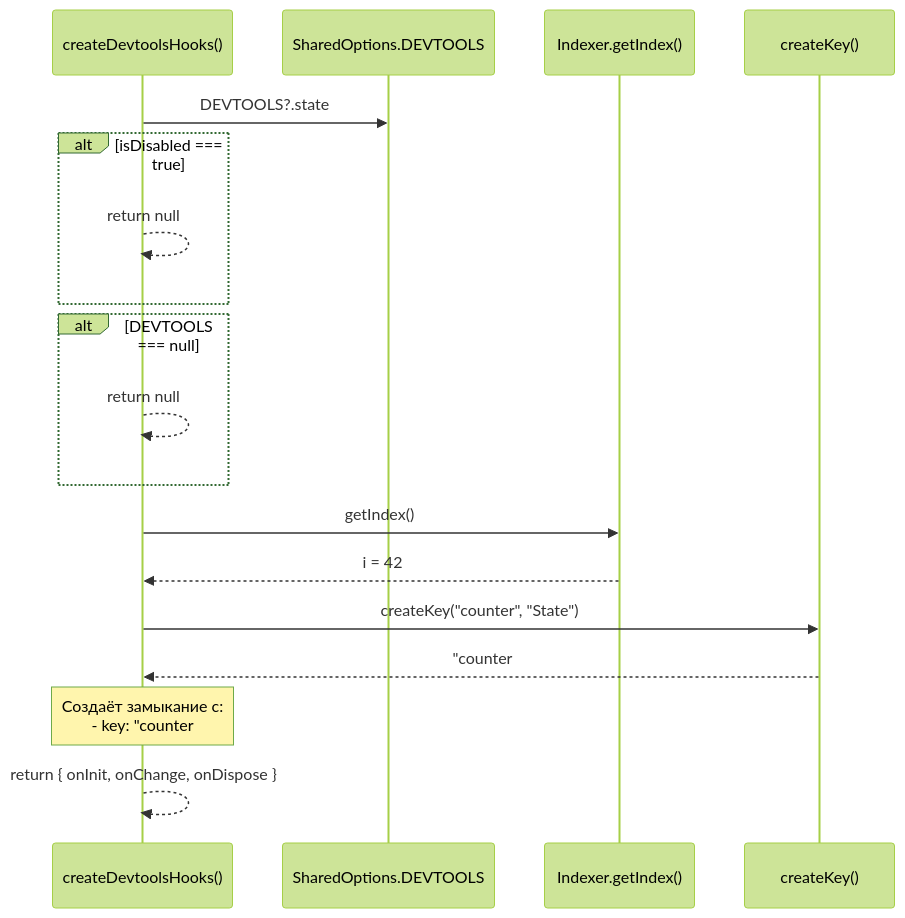
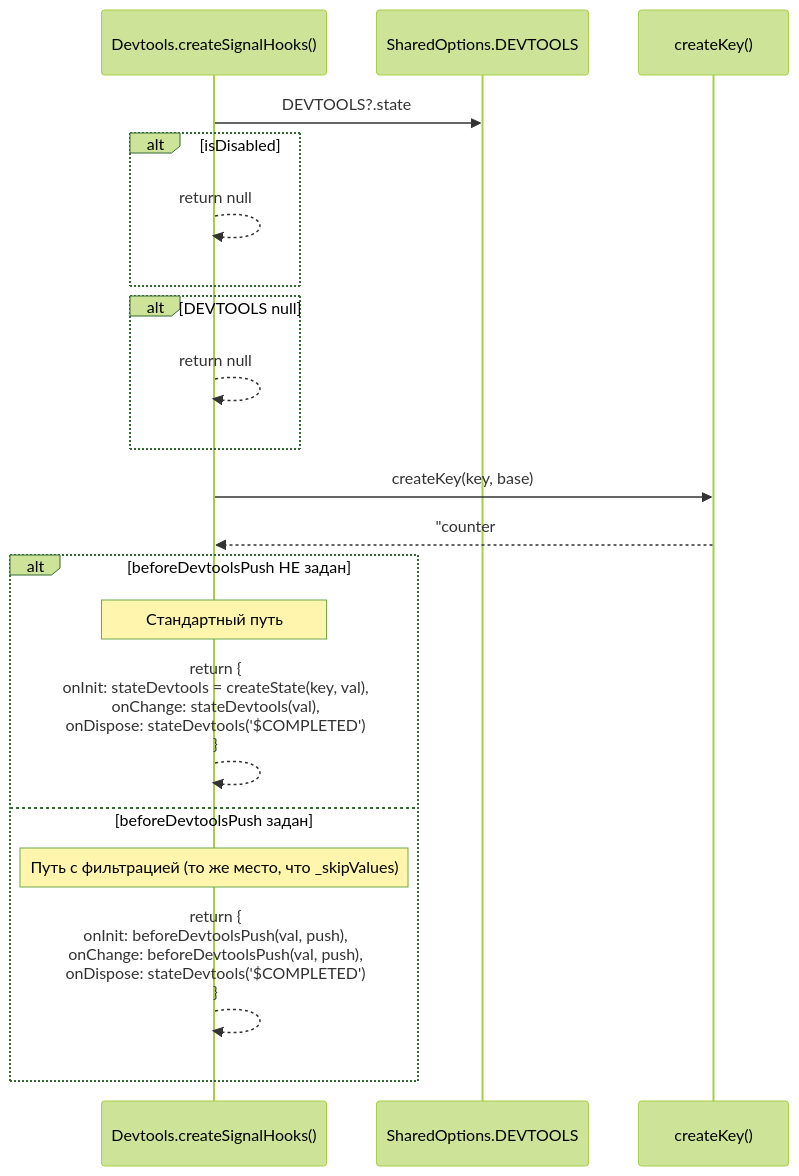
The third of 11 diagrams in .thoughts/2026-03-11_signal-devtools-lifecycle/02-design/02-dataflow.md (fozy-labs/rx-toolkit), drawn with Mermaid (forest theme) before and after one commit. The commit also changed other lines of this file and 9 other files, not shown here.

Commit message:
thoughts: add design for signal devtools lifecycle hooks

````diff
--- a/.thoughts/2026-03-11_signal-devtools-lifecycle/02-design/02-dataflow.md
+++ b/.thoughts/2026-03-11_signal-devtools-lifecycle/02-design/02-dataflow.md
@@ -115,25 +95,25 @@
 ```mermaid
 sequenceDiagram
-    participant Factory as createDevtoolsHooks()
-    participant SharedOpts as SharedOptions.DEVTOOLS
-    participant Indexer as Indexer.getIndex()
-    participant CreateKey as createKey()
+    participant CH as Devtools.createSignalHooks()
+    participant SO as SharedOptions.DEVTOOLS
+    participant CK as createKey()
 
-    Factory->>SharedOpts: DEVTOOLS?.state
-    alt isDisabled === true
-        Factory-->>Factory: return null
+    CH->>SO: DEVTOOLS?.state
+    alt isDisabled
+        CH-->>CH: return null
     end
-    alt DEVTOOLS === null
-        Factory-->>Factory: return null
+    alt DEVTOOLS null
+        CH-->>CH: return null
     end
 
-    Factory->>Indexer: getIndex()
-    Indexer-->>Factory: i = 42
+    CH->>CK: createKey(key, base)
+    CK-->>CH: "counter#i=42"
 
-    Factory->>CreateKey: createKey("counter", "State")
-    CreateKey-->>Factory: "counter#i=42"
-
-    Note over Factory: Создаёт замыкание с:<br/>- key: "counter#i=42"<br/>- createStateDevtools: ref<br/>- stateDevtools: null (lazy)
-
-    Factory-->>Factory: return { onInit, onChange, onDispose }
+    alt beforeDevtoolsPush НЕ задан
+        Note over CH: Стандартный путь
+        CH-->>CH: return {<br/>  onInit: stateDevtools = createState(key, val),<br/>  onChange: stateDevtools(val),<br/>  onDispose: stateDevtools('$COMPLETED')<br/>}
+    else beforeDevtoolsPush задан
+        Note over CH: Путь с фильтрацией (то же место, что _skipValues)
+        CH-->>CH: return {<br/>  onInit: beforeDevtoolsPush(val, push),<br/>  onChange: beforeDevtoolsPush(val, push),<br/>  onDispose: stateDevtools('$COMPLETED')<br/>}
+    end
 ```
````
